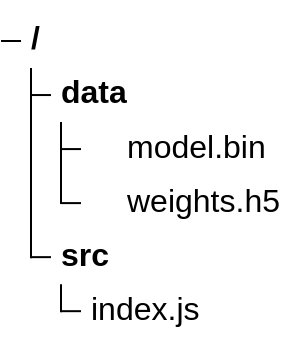
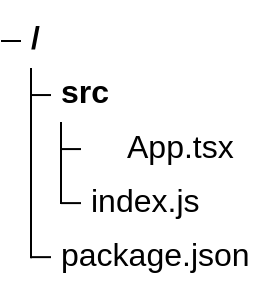
The eighth of 13 diagrams in plugins/mermaid-diagrams/skills/mermaid/references/treeView.md (Alex-Kopylov/zweihander), drawn with Mermaid before and after one commit. The commit also changed other lines of this file and 79 other files, not shown here.

Commit message:
docs: sync mermaid syntax and config docs

````diff
--- a/plugins/mermaid-diagrams/skills/mermaid/references/treeView.md
+++ b/plugins/mermaid-diagrams/skills/mermaid/references/treeView.md
@@ -164,8 +239,7 @@
 ```mermaid
 treeView-beta
-    data/
-        model.bin icon(database)
-        weights.h5 icon(database)
     src/
+        App.tsx icon(logos:react)
         index.js
+    package.json
 ```
````
